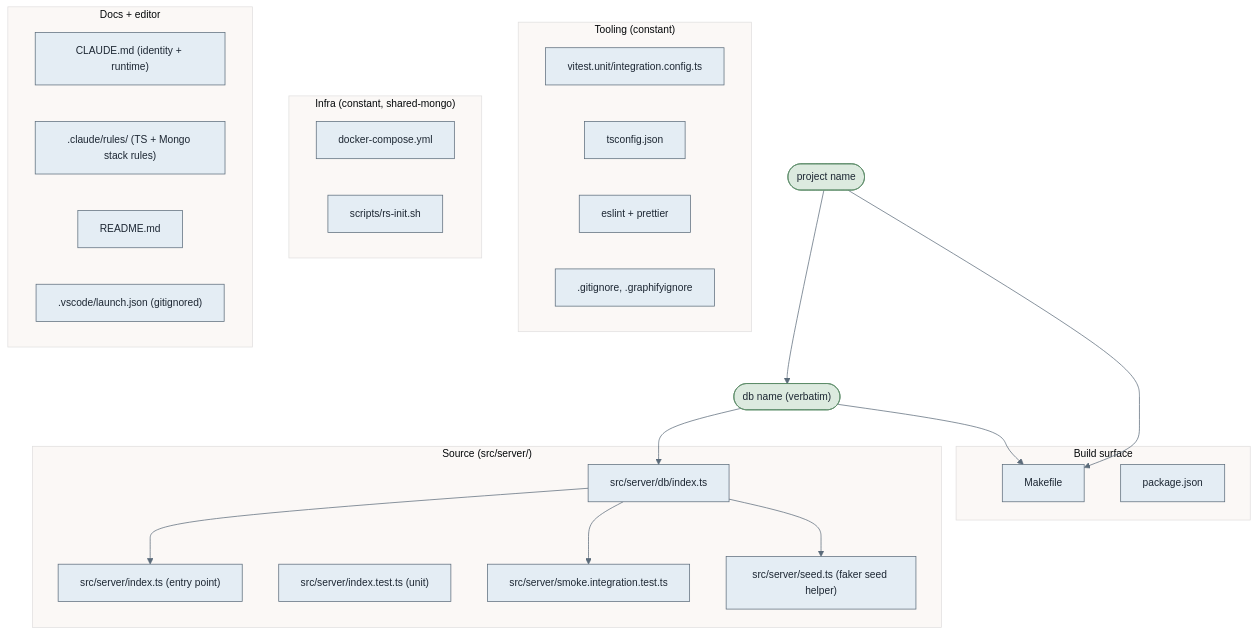
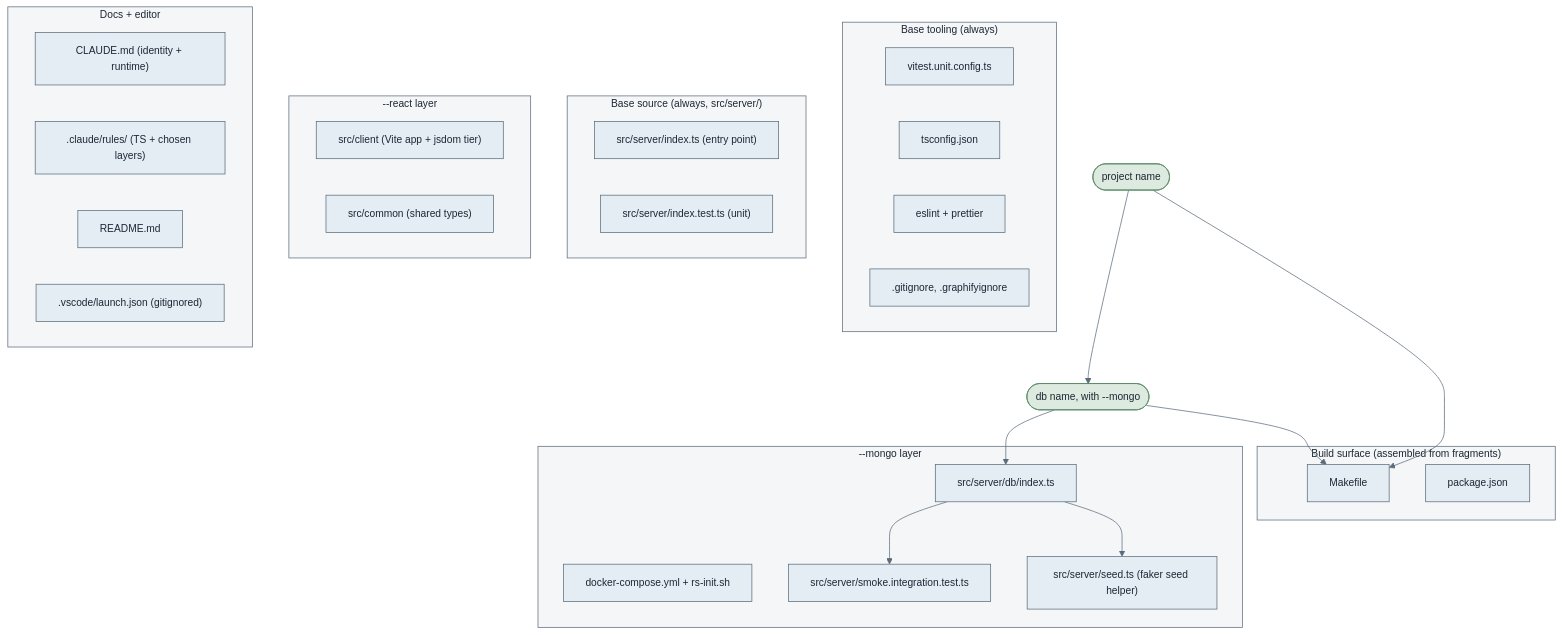
Before and after one commit to omerosaienni/agent-sdlc: the third of 4 diagrams in docs/scripts.md, drawn with Mermaid. The commit also changed other lines of this file and 8 other files, not shown here.

Commit message:
refactor: rename shared->common, fix review findings and unreadable diagrams (#27)

````diff
--- a/docs/scripts.md
+++ b/docs/scripts.md
@@ -106,47 +106,54 @@
 ```mermaid
 %%{init: {'theme':'base','themeVariables':{'primaryColor':'#e4edf4','primaryTextColor':'#1d2733','primaryBorderColor':'#5b6b7a','lineColor':'#5b6b7a','fontSize':'14px'}}}%%
 flowchart TD
-    name(["project name"]) --> dbname(["db name (verbatim)"])
+    name(["project name"]) --> dbname(["db name, with --mongo"])
     dbname --> dbts
     dbname --> makefile
     name --> makefile
 
-    subgraph tooling["Tooling (constant)"]
-        vitest["vitest.unit/integration.config.ts"]
+    subgraph tooling["Base tooling (always)"]
+        vitest["vitest.unit.config.ts"]
         tsconfig["tsconfig.json"]
         lint["eslint + prettier"]
         ignores[".gitignore, .graphifyignore"]
     end
 
-    subgraph infra["Infra (constant, shared-mongo)"]
-        compose["docker-compose.yml"]
-        rsinit["scripts/rs-init.sh"]
+    subgraph base["Base source (always, src/server/)"]
+        index["src/server/index.ts (entry point)"]
+        indextest["src/server/index.test.ts (unit)"]
     end
 
-    subgraph source["Source (src/server/)"]
+    subgraph mongolayer["--mongo layer"]
         dbts["src/server/db/index.ts"]
-        index["src/server/index.ts (entry point)"]
-        indextest["src/server/index.test.ts (unit)"]
+        compose["docker-compose.yml + rs-init.sh"]
         smoke["src/server/smoke.integration.test.ts"]
         seed["src/server/seed.ts (faker seed helper)"]
     end
 
-    subgraph build["Build surface"]
+    subgraph reactlayer["--react layer"]
+        client["src/client (Vite app + jsdom tier)"]
+        common["src/common (shared types)"]
+    end
+
+    subgraph build["Build surface (assembled from fragments)"]
         makefile["Makefile"]
         pkg["package.json"]
     end
 
     subgraph docs["Docs + editor"]
         claude["CLAUDE.md (identity + runtime)"]
-        rules[".claude/rules/ (TS + Mongo stack rules)"]
+        rules[".claude/rules/ (TS + chosen layers)"]
         readme["README.md"]
         vscode[".vscode/launch.json (gitignored)"]
     end
 
-    dbts --> index
     dbts --> smoke
     dbts --> seed
 
     classDef param fill:#dceadf,stroke:#5a8a66,color:#1d2733;
+    classDef node fill:#e4edf4,stroke:#5b6b7a,color:#1d2733;
+    classDef group fill:#f4f6f8,stroke:#5b6b7a,color:#1d2733;
     class name,dbname param;
+    class vitest,tsconfig,lint,ignores,index,indextest,dbts,compose,smoke,seed,client,common,makefile,pkg,claude,rules,readme,vscode node;
+    class tooling,base,mongolayer,reactlayer,build,docs group;
 ```
````
